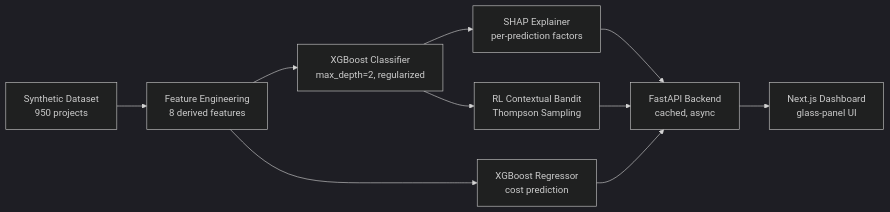
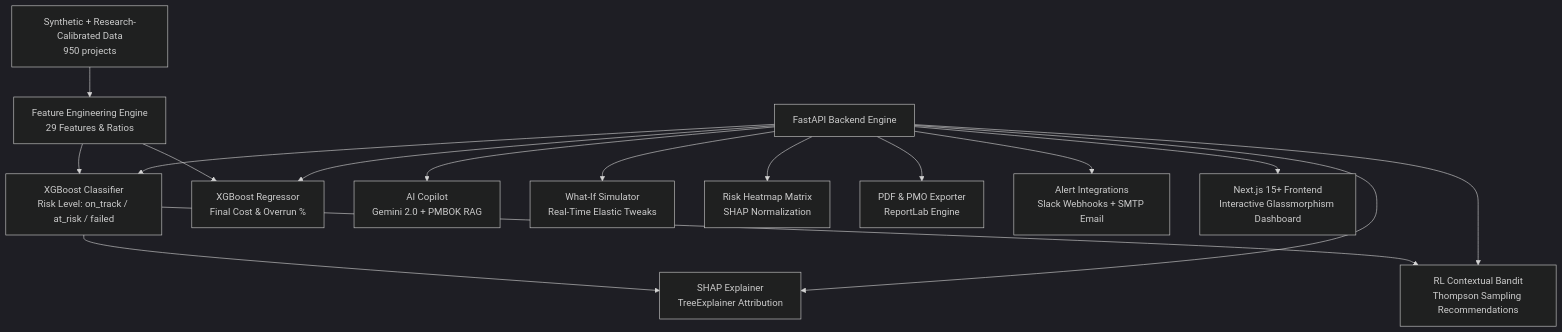
One commit to Dhusyanth209/delta changed the diagram in README.md. Above: the diagram before and after it, drawn with Mermaid (dark theme). The commit also changed other lines of this file and 5 other files, not shown here.

Commit message:
feat(stage13): add email risk alerts with HTML templates, skeleton loaders, toast notifications, and full documentation update

````diff
--- a/README.md
+++ b/README.md
@@ -24,12 +36,21 @@
 ```mermaid
-graph LR
-    A[Synthetic Dataset<br/>950 projects] --> B[Feature Engineering<br/>8 derived features]
-    B --> C[XGBoost Classifier<br/>max_depth=2, regularized]
-    B --> D[XGBoost Regressor<br/>cost prediction]
-    C --> E[SHAP Explainer<br/>per-prediction factors]
-    C --> F[RL Contextual Bandit<br/>Thompson Sampling]
-    E --> G[FastAPI Backend<br/>cached, async]
-    F --> G
-    D --> G
-    G --> H[Next.js Dashboard<br/>glass-panel UI]
+graph TD
+    A[Synthetic + Research-Calibrated Data<br/>950 projects] --> B[Feature Engineering Engine<br/>29 Features & Ratios]
+    B --> C[XGBoost Classifier<br/>Risk Level: on_track / at_risk / failed]
+    B --> D[XGBoost Regressor<br/>Final Cost & Overrun %]
+    C --> E[SHAP Explainer<br/>TreeExplainer Attribution]
+    C --> F[RL Contextual Bandit<br/>Thompson Sampling Recommendations]
+    
+    G[FastAPI Backend Engine] --> C
+    G --> D
+    G --> E
+    G --> F
+    
+    G --> H[AI Copilot<br/>Gemini 2.0 + PMBOK RAG]
+    G --> I[What-If Simulator<br/>Real-Time Elastic Tweaks]
+    G --> J[Risk Heatmap Matrix<br/>SHAP Normalization]
+    G --> K[PDF & PMO Exporter<br/>ReportLab Engine]
+    G --> L[Alert Integrations<br/>Slack Webhooks + SMTP Email]
+    
+    G --> M[Next.js 15+ Frontend<br/>Interactive Glassmorphism Dashboard]
 ```
````
